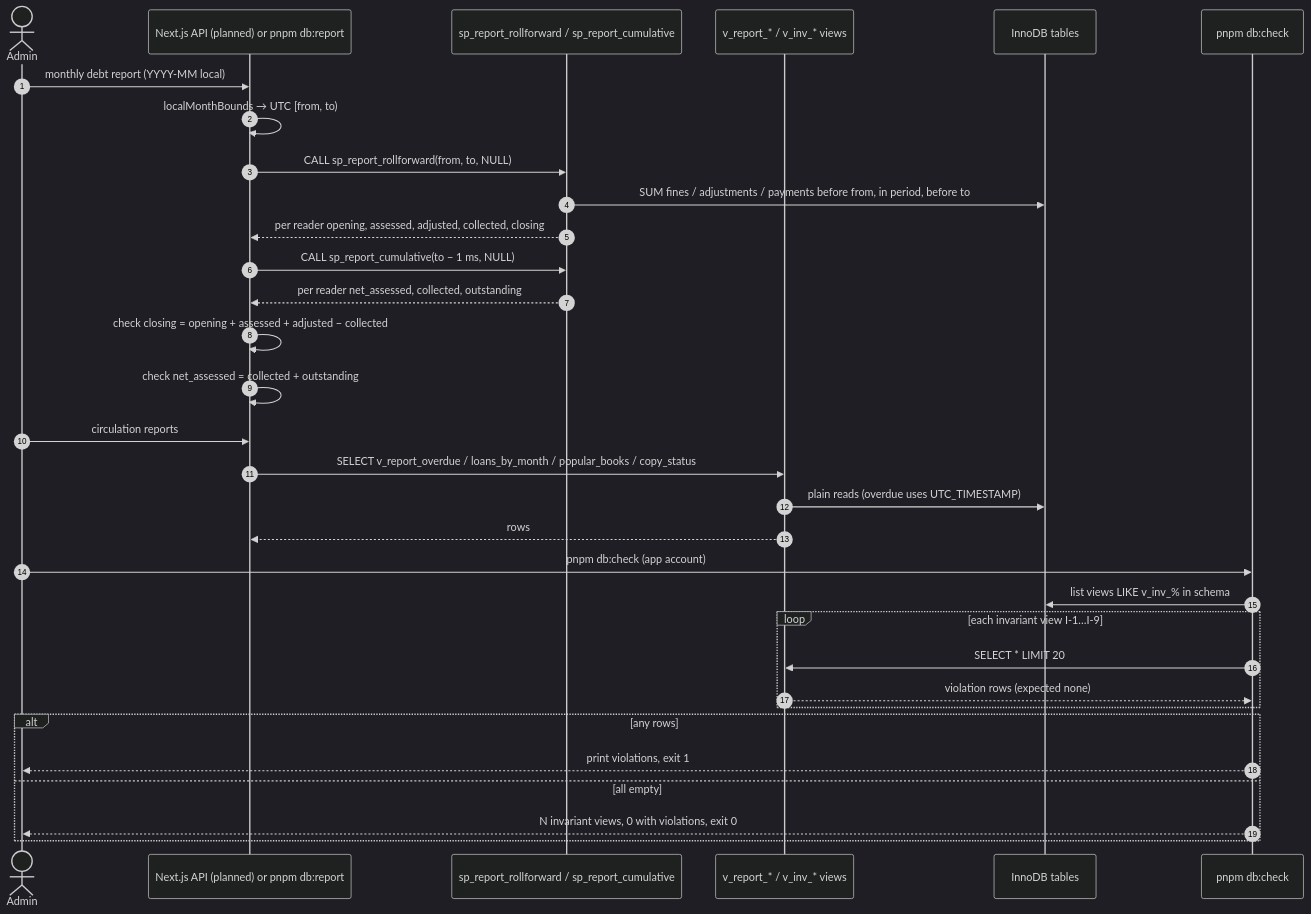
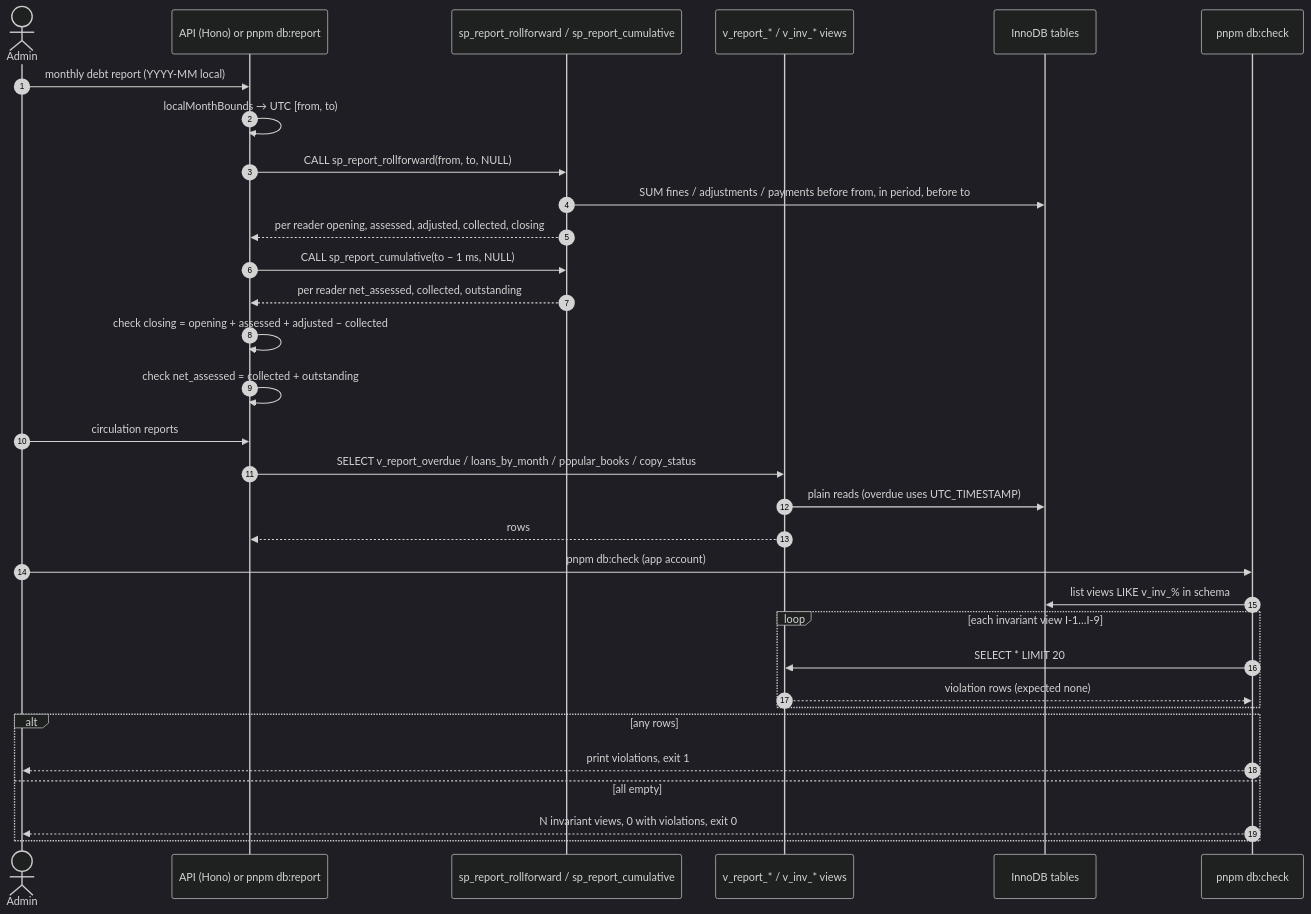
Before and after one commit to ThinhLC/uitlib: diagram 17 of 27 in ARCHITECTURE.md, drawn with Mermaid (dark theme). The commit also changed other lines of this file and 129 other files, not shown here.

First line of the commit message:
feat(api): library API with Hono, Supabase auth and shared contract (spec 002)

````diff
--- a/ARCHITECTURE.md
+++ b/ARCHITECTURE.md
@@ -1340,36 +1344,36 @@
 ```mermaid
 sequenceDiagram
     autonumber
     actor Admin
-    participant App as Next.js API (planned) or pnpm db:report
+    participant App as API (Hono) or pnpm db:report
     participant SP as sp_report_rollforward / sp_report_cumulative
     participant V as v_report_* / v_inv_* views
     participant DB as InnoDB tables
     participant CHK as pnpm db:check
 
     Admin->>App: monthly debt report (YYYY-MM local)
     App->>App: localMonthBounds → UTC [from, to)
     App->>SP: CALL sp_report_rollforward(from, to, NULL)
     SP->>DB: SUM fines / adjustments / payments before from, in period, before to
     SP-->>App: per reader opening, assessed, adjusted, collected, closing
     App->>SP: CALL sp_report_cumulative(to − 1 ms, NULL)
     SP-->>App: per reader net_assessed, collected, outstanding
     App->>App: check closing = opening + assessed + adjusted − collected
     App->>App: check net_assessed = collected + outstanding
     Admin->>App: circulation reports
     App->>V: SELECT v_report_overdue / loans_by_month / popular_books / copy_status
     V->>DB: plain reads (overdue uses UTC_TIMESTAMP)
     V-->>App: rows
 
     Admin->>CHK: pnpm db:check (app account)
     CHK->>DB: list views LIKE v_inv_% in schema
     loop each invariant view I-1…I-9
         CHK->>V: SELECT * LIMIT 20
         V-->>CHK: violation rows (expected none)
     end
     alt any rows
         CHK-->>Admin: print violations, exit 1
     else all empty
         CHK-->>Admin: N invariant views, 0 with violations, exit 0
     end
 ```
````
